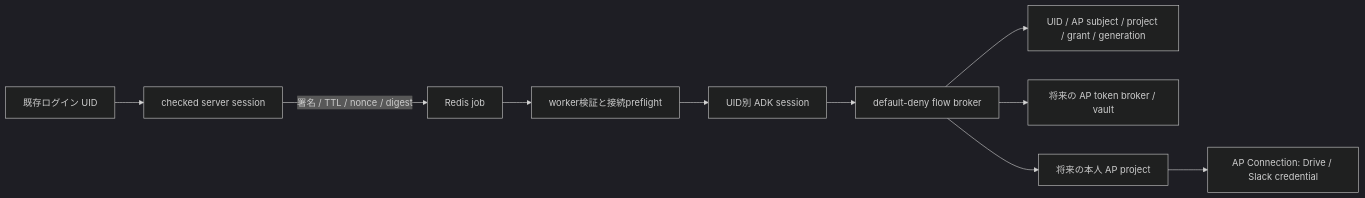
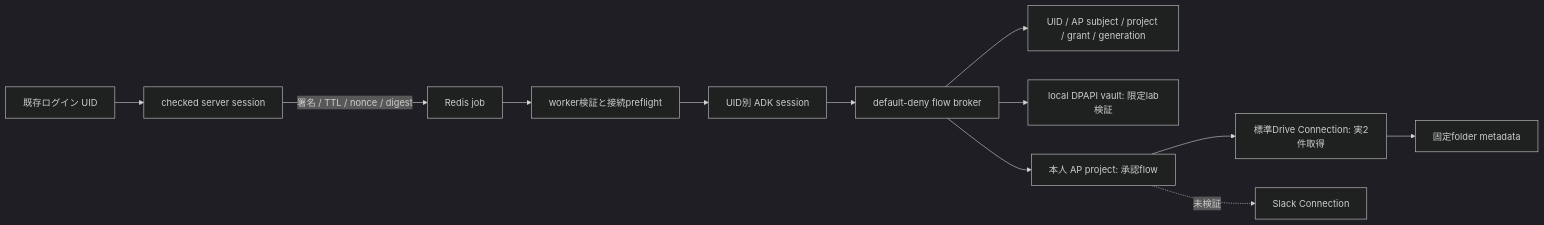
Before and after one commit to tehutahu/cmdbox-activepieces-lab: the diagram in docs/ARCHITECTURE.md, drawn with Mermaid (dark theme). The commit also changed other lines of this file and 99 other files, not shown here.

````diff
--- a/docs/ARCHITECTURE.md
+++ b/docs/ARCHITECTURE.md
@@ -7,12 +7,14 @@
 ```mermaid
 flowchart LR
   Login[既存ログイン UID] --> Web[checked server session]
   Web -->|署名 / TTL / nonce / digest| Queue[Redis job]
   Queue --> Worker[worker検証と接続preflight]
   Worker --> ADK[UID別 ADK session]
   ADK --> Broker[default-deny flow broker]
   Broker --> Binding[UID / AP subject / project / grant / generation]
-  Broker --> Vault[将来の AP token broker / vault]
-  Broker --> AP[将来の本人 AP project]
-  AP --> Connection[AP Connection: Drive / Slack credential]
+  Broker --> Vault[local DPAPI vault: 限定lab検証]
+  Broker --> AP[本人 AP project: 承認flow]
+  AP --> Connection[標準Drive Connection: 実2件取得]
+  Connection --> Google[固定folder metadata]
+  AP -. 未検証 .-> Slack[Slack Connection]
 ```
````
